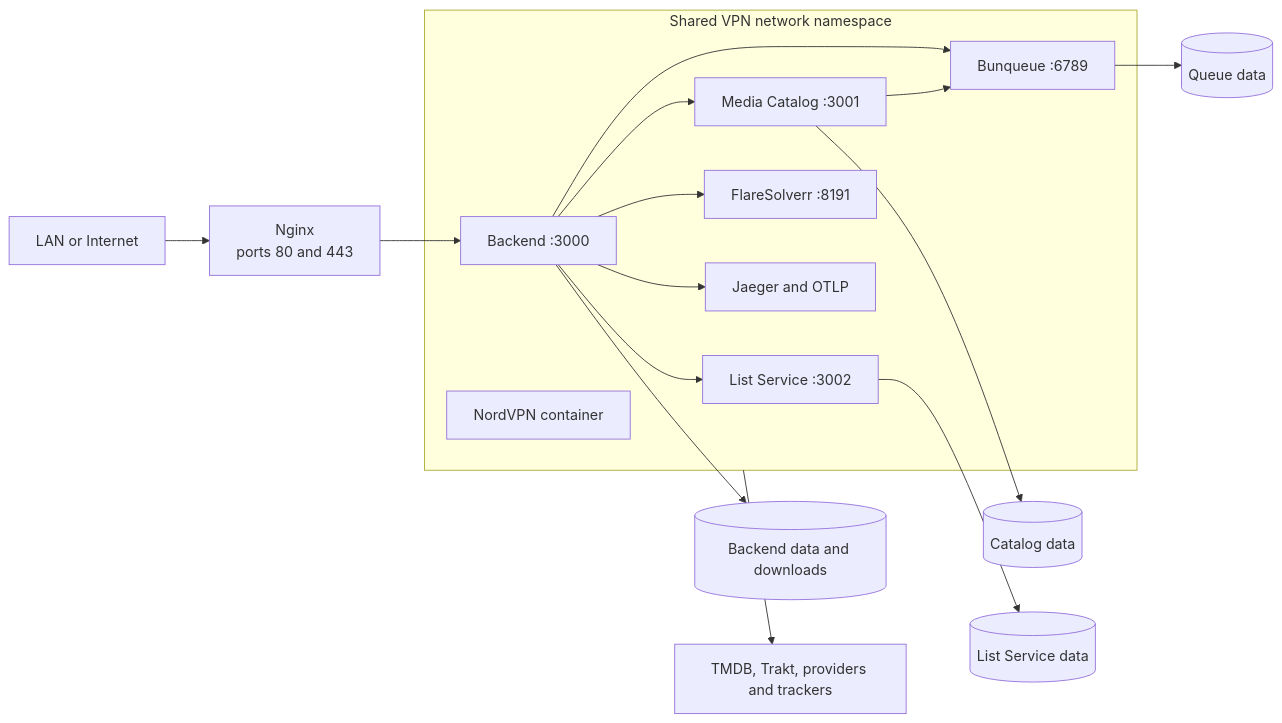
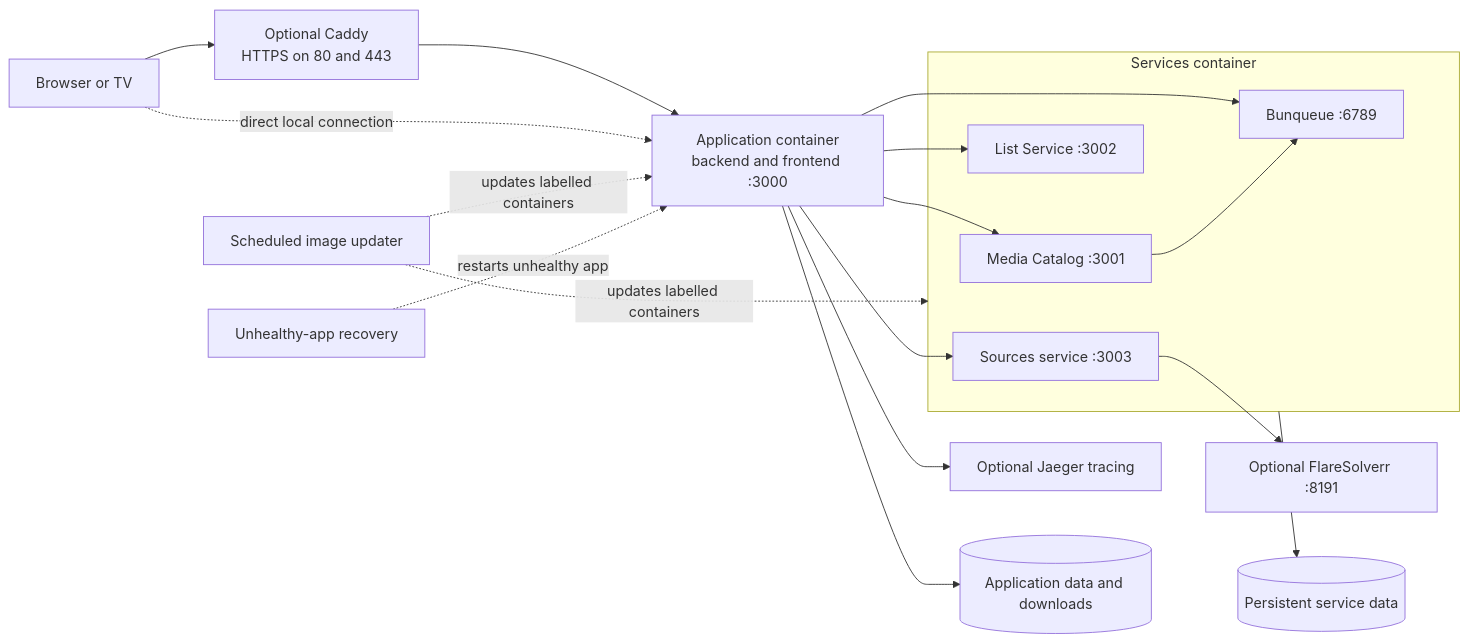
One commit to maury91/miauflix changed the seventh of 7 diagrams in docs/architecture/diagrams.md. Above: the diagram before and after it, drawn with Mermaid. The commit also changed other lines of this file and 39 other files, not shown here.

````diff
--- a/docs/architecture/diagrams.md
+++ b/docs/architecture/diagrams.md
@@ -238,31 +287,35 @@
 ```mermaid
 flowchart LR
-  Internet[LAN or Internet]
-  Nginx[Nginx<br/>ports 80 and 443]
+  Device[Browser or TV]
+  Caddy[Optional Caddy<br/>HTTPS on 80 and 443]
+  Backend[Application container<br/>backend and frontend :3000]
 
-  subgraph VPNNS[Shared VPN network namespace]
-    VPN[NordVPN container]
-    Backend[Backend :3000]
+  subgraph Services[Services container]
     Catalog[Media Catalog :3001]
     Lists[List Service :3002]
+    Sources[Sources service :3003]
     Queue[Bunqueue :6789]
-    Solver[FlareSolverr :8191]
-    Tracing[Jaeger and OTLP]
   end
 
-  Internet --> Nginx
-  Nginx --> Backend
+  Solver[Optional FlareSolverr :8191]
+  Tracing[Optional Jaeger tracing]
+  Updater[Scheduled image updater]
+  Recovery[Unhealthy-app recovery]
+
+  Device --> Caddy
+  Caddy --> Backend
+  Device -. direct local connection .-> Backend
   Backend --> Catalog
   Backend --> Lists
+  Backend --> Sources
   Backend --> Queue
-  Backend --> Solver
   Backend --> Tracing
   Catalog --> Queue
+  Sources --> Solver
 
-  Backend --> BackendVolume[(Backend data and downloads)]
-  Catalog --> CatalogVolume[(Catalog data)]
-  Lists --> ListVolume[(List Service data)]
-  Queue --> QueueVolume[(Queue data)]
-
-  VPNNS --> ProviderInternet[TMDB, Trakt, providers and trackers]
+  Backend --> BackendVolume[(Application data and downloads)]
+  Services --> ServiceVolume[(Persistent service data)]
+  Updater -. updates labelled containers .-> Backend
+  Updater -. updates labelled containers .-> Services
+  Recovery -. restarts unhealthy app .-> Backend
 ```
````
